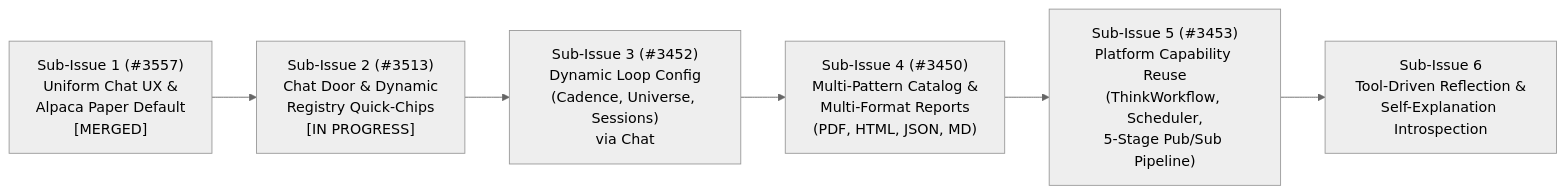
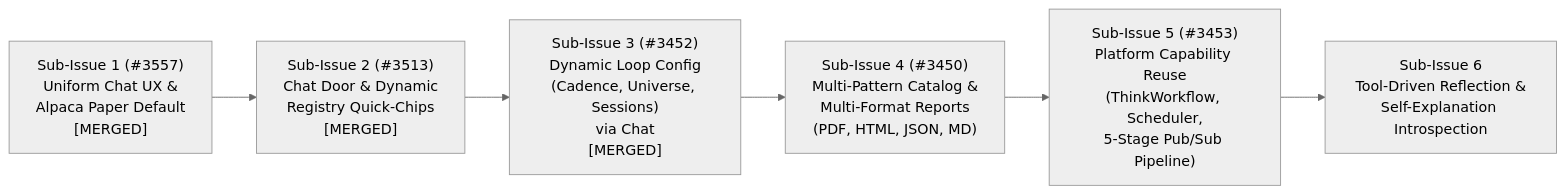
Before and after one commit to Qunsultant/cfagent: the first of 4 diagrams in docs/architecture/agentic/stockcopilot-evoluation.md, drawn with Mermaid (neutral theme). The commit also changed other lines of this file, not shown here.

Commit message:
docs: update stock copilot evolution architecture with merged cadence and chips #ceo-aimp

````diff
--- a/docs/architecture/agentic/stockcopilot-evoluation.md
+++ b/docs/architecture/agentic/stockcopilot-evoluation.md
@@ -42,8 +42,8 @@
 ```mermaid
 flowchart LR
-    S1["Sub-Issue 1 (#3557)<br/>Uniform Chat UX &<br/>Alpaca Paper Default<br/>[MERGED]"] --> S2["Sub-Issue 2 (#3513)<br/>Chat Door & Dynamic<br/>Registry Quick-Chips<br/>[IN PROGRESS]"]
-    S2 --> S3["Sub-Issue 3 (#3452)<br/>Dynamic Loop Config<br/>(Cadence, Universe, Sessions)<br/>via Chat"]
+    S1["Sub-Issue 1 (#3557)<br/>Uniform Chat UX &<br/>Alpaca Paper Default<br/>[MERGED]"] --> S2["Sub-Issue 2 (#3513)<br/>Chat Door & Dynamic<br/>Registry Quick-Chips<br/>[MERGED]"]
+    S2 --> S3["Sub-Issue 3 (#3452)<br/>Dynamic Loop Config<br/>(Cadence, Universe, Sessions)<br/>via Chat<br/>[MERGED]"]
     S3 --> S4["Sub-Issue 4 (#3450)<br/>Multi-Pattern Catalog &<br/>Multi-Format Reports<br/>(PDF, HTML, JSON, MD)"]
     S4 --> S5["Sub-Issue 5 (#3453)<br/>Platform Capability Reuse<br/>(ThinkWorkflow, Scheduler,<br/>5-Stage Pub/Sub Pipeline)"]
     S5 --> S6["Sub-Issue 6<br/>Tool-Driven Reflection &<br/>Self-Explanation Introspection"]
 ```
````
